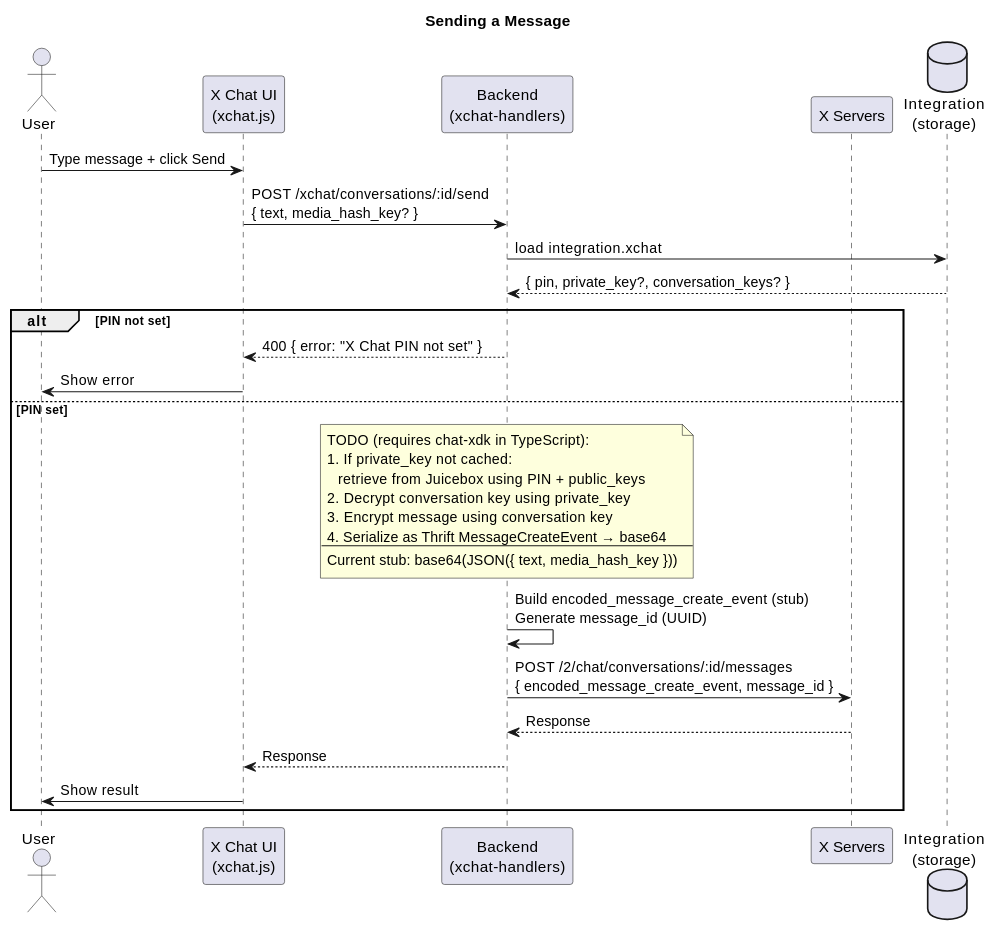
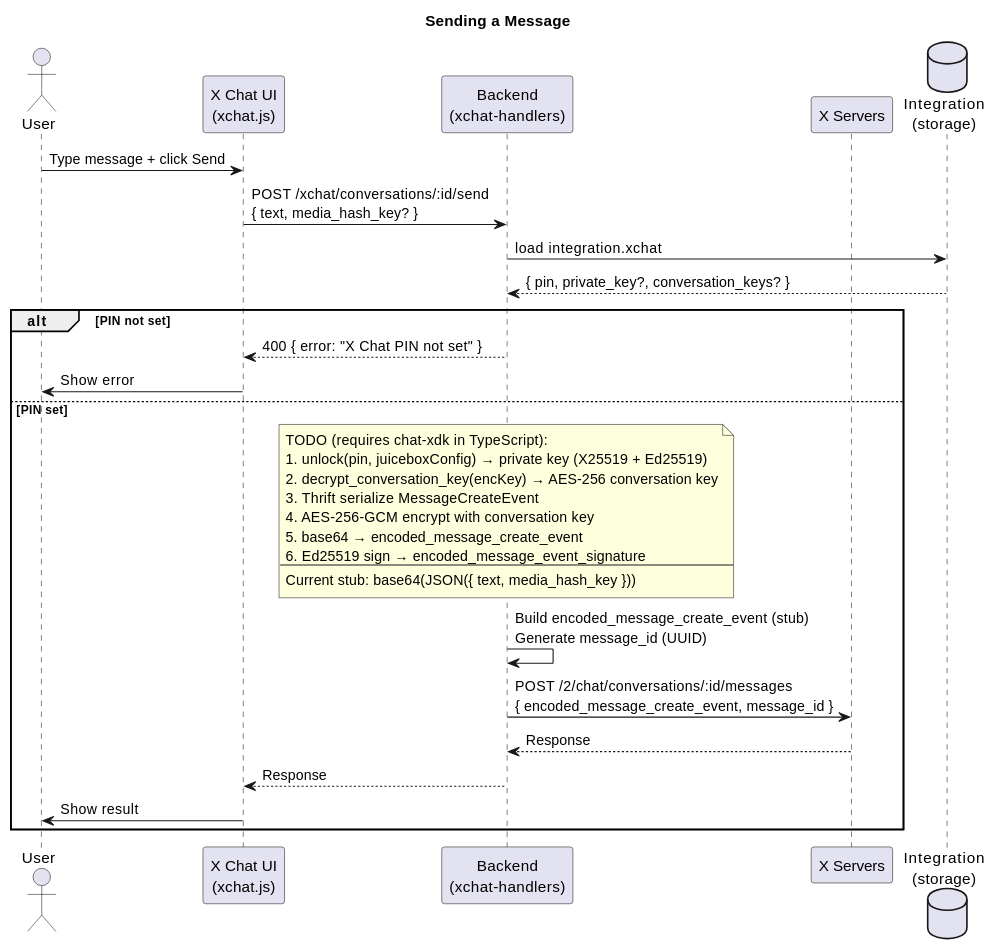
Before and after one commit to dmitryon/twitter-api-typescript-sdk: the third of 6 diagrams in oauth-demo/XCHAT-FEATURE.md, drawn with PlantUML. The commit also changed other lines of this file and 5 other files, not shown here.

````diff
--- a/oauth-demo/XCHAT-FEATURE.md
+++ b/oauth-demo/XCHAT-FEATURE.md
@@ -160,38 +177,39 @@
 ```plantuml
 @startuml
 title Sending a Message
 
 actor User
 participant "X Chat UI\n(xchat.js)" as UI
 participant "Backend\n(xchat-handlers)" as BE
 participant "X Servers" as X
 database "Integration\n(storage)" as DB
 
 User -> UI: Type message + click Send
 UI -> BE: POST /xchat/conversations/:id/send\n{ text, media_hash_key? }
 
 BE -> DB: load integration.xchat
 DB --> BE: { pin, private_key?, conversation_keys? }
 
 alt PIN not set
   BE --> UI: 400 { error: "X Chat PIN not set" }
   UI -> User: Show error
 else PIN set
   note over BE
     TODO (requires chat-xdk in TypeScript):
-    1. If private_key not cached:
-       retrieve from Juicebox using PIN + public_keys
-    2. Decrypt conversation key using private_key
-    3. Encrypt message using conversation key
-    4. Serialize as Thrift MessageCreateEvent → base64
+    1. unlock(pin, juiceboxConfig) → private key (X25519 + Ed25519)
+    2. decrypt_conversation_key(encKey) → AES-256 conversation key
+    3. Thrift serialize MessageCreateEvent
+    4. AES-256-GCM encrypt with conversation key
+    5. base64 → encoded_message_create_event
+    6. Ed25519 sign → encoded_message_event_signature
     ---
     Current stub: base64(JSON({ text, media_hash_key }))
   end note
   BE -> BE: Build encoded_message_create_event (stub)\nGenerate message_id (UUID)
   BE -> X: POST /2/chat/conversations/:id/messages\n{ encoded_message_create_event, message_id }
   X --> BE: Response
   BE --> UI: Response
   UI -> User: Show result
 end
 @enduml
 ```
````
